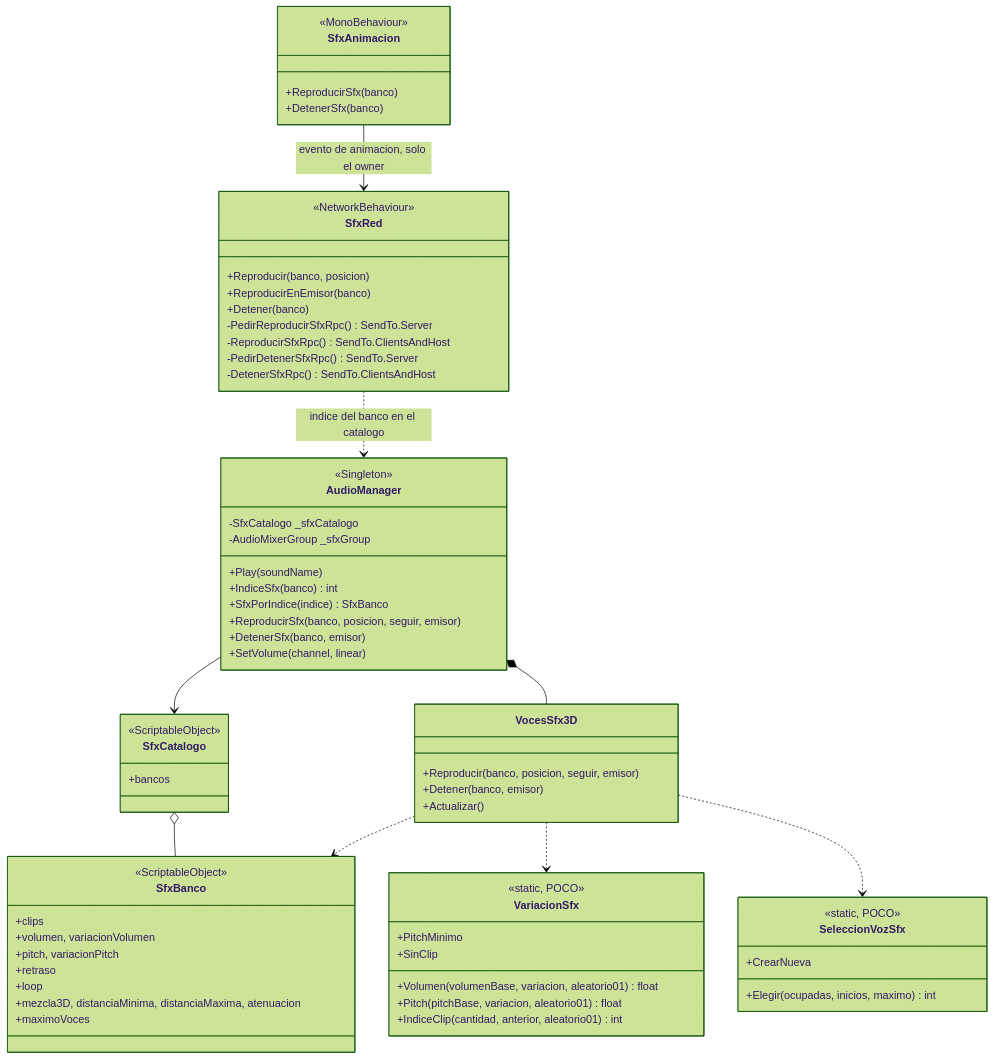
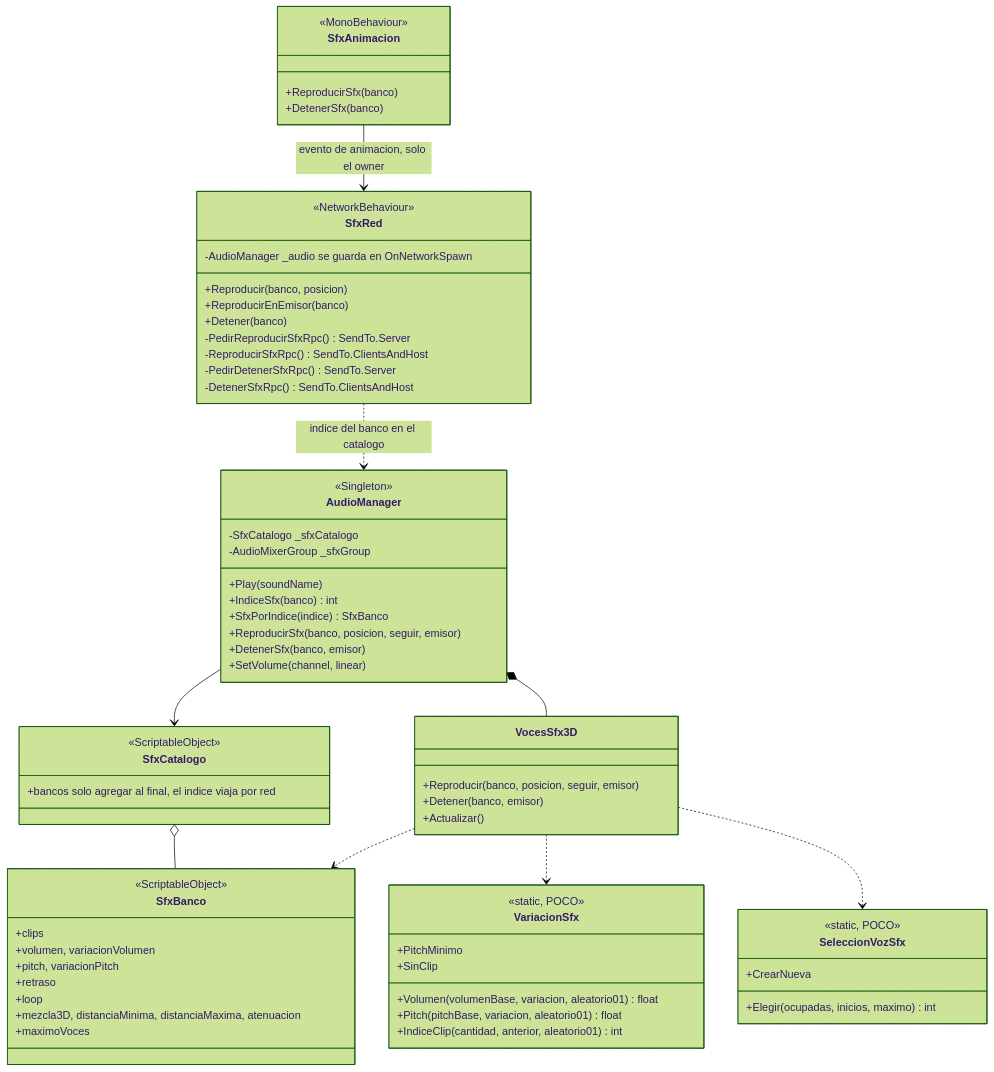
One commit to VicBojoDev10/DeathOfMeaningRepo changed the diagram in docs/diagrams/audio.mermaid. Above: the diagram before and after it, drawn with Mermaid (forest theme). The commit also changed 3 other files, not shown here.

Commit message:
fix: cache the audio manager on spawn and warn when sound effects cannot play

```diff
--- a/docs/diagrams/audio.mermaid
+++ b/docs/diagrams/audio.mermaid
@@ -1,75 +1,76 @@
 classDiagram
     class VariacionSfx {
         <<static, POCO>>
         +PitchMinimo
         +SinClip
         +Volumen(volumenBase, variacion, aleatorio01) float
         +Pitch(pitchBase, variacion, aleatorio01) float
         +IndiceClip(cantidad, anterior, aleatorio01) int
     }
 
     class SeleccionVozSfx {
         <<static, POCO>>
         +CrearNueva
         +Elegir(ocupadas, inicios, maximo) int
     }
 
     class SfxBanco {
         <<ScriptableObject>>
         +clips
         +volumen, variacionVolumen
         +pitch, variacionPitch
         +retraso
         +loop
         +mezcla3D, distanciaMinima, distanciaMaxima, atenuacion
         +maximoVoces
     }
 
     class SfxCatalogo {
         <<ScriptableObject>>
-        +bancos
+        +bancos solo agregar al final, el indice viaja por red
     }
 
     class AudioManager {
         <<Singleton>>
         -SfxCatalogo _sfxCatalogo
         -AudioMixerGroup _sfxGroup
         +Play(soundName)
         +IndiceSfx(banco) int
         +SfxPorIndice(indice) SfxBanco
         +ReproducirSfx(banco, posicion, seguir, emisor)
         +DetenerSfx(banco, emisor)
         +SetVolume(channel, linear)
     }
 
     class VocesSfx3D {
         +Reproducir(banco, posicion, seguir, emisor)
         +Detener(banco, emisor)
         +Actualizar()
     }
 
     class SfxRed {
         <<NetworkBehaviour>>
+        -AudioManager _audio se guarda en OnNetworkSpawn
         +Reproducir(banco, posicion)
         +ReproducirEnEmisor(banco)
         +Detener(banco)
         -PedirReproducirSfxRpc() SendTo.Server
         -ReproducirSfxRpc() SendTo.ClientsAndHost
         -PedirDetenerSfxRpc() SendTo.Server
         -DetenerSfxRpc() SendTo.ClientsAndHost
     }
 
     class SfxAnimacion {
         <<MonoBehaviour>>
         +ReproducirSfx(banco)
         +DetenerSfx(banco)
     }
 
     SfxCatalogo o-- SfxBanco
     AudioManager --> SfxCatalogo
     AudioManager *-- VocesSfx3D
     VocesSfx3D ..> VariacionSfx
     VocesSfx3D ..> SeleccionVozSfx
     VocesSfx3D ..> SfxBanco
     SfxRed ..> AudioManager : indice del banco en el catalogo
     SfxAnimacion --> SfxRed : evento de animacion, solo el owner
```
